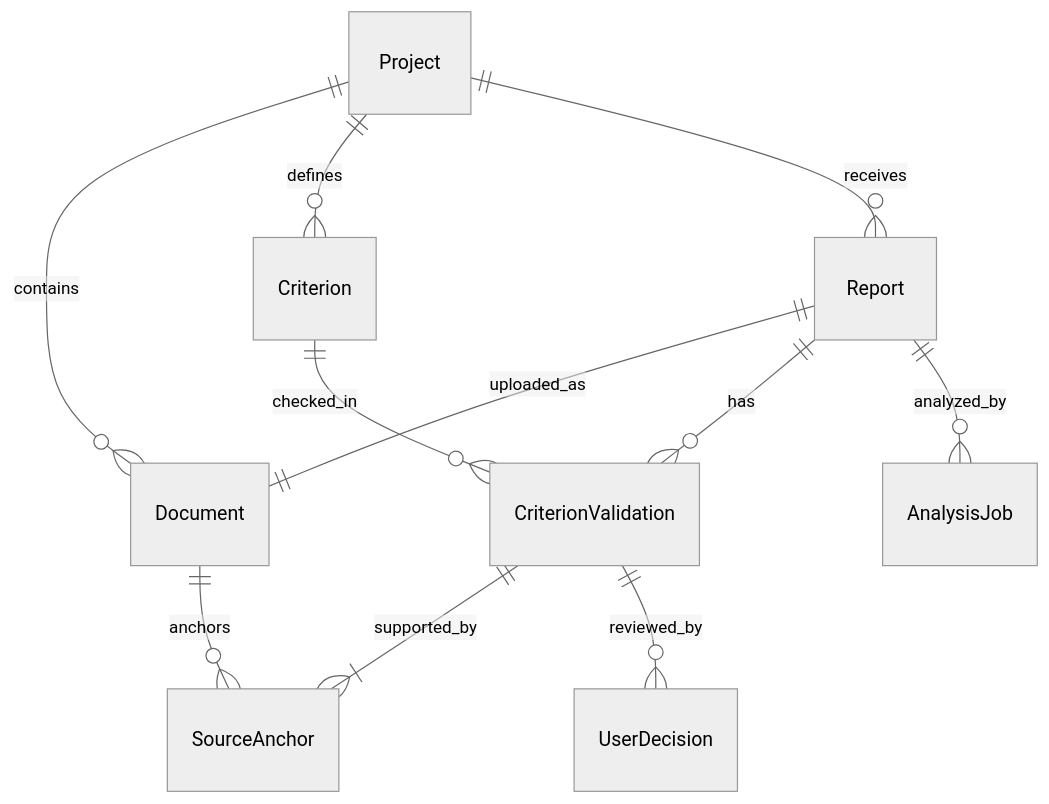
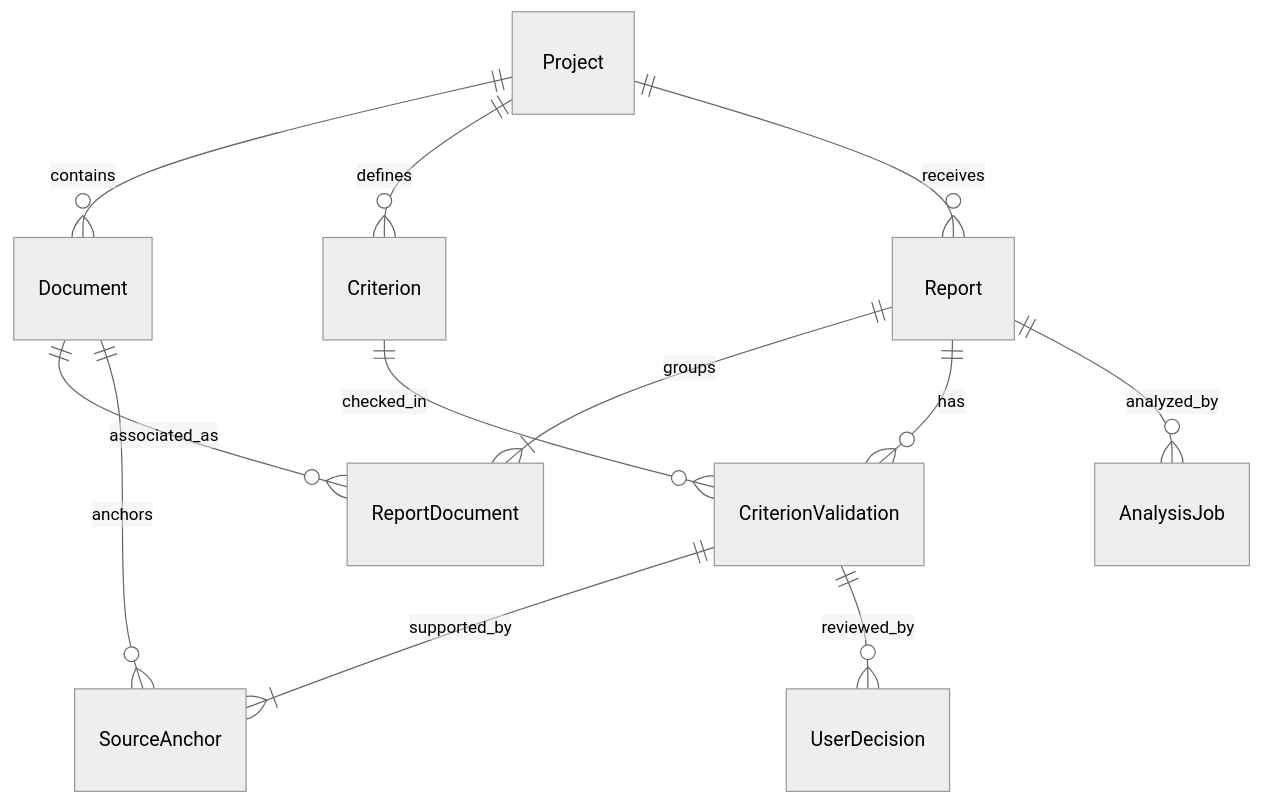
One commit to lupumihnea/chiatraton-adr-nord-est changed the diagram in docs/data-model.md. Above: the diagram before and after it, drawn with Mermaid (neutral theme). The commit also changed other lines of this file and 26 other files, not shown here.

````diff
--- a/docs/data-model.md
+++ b/docs/data-model.md
@@ -7,13 +7,14 @@
 ```mermaid
 erDiagram
     Project ||--o{ Document : contains
     Project ||--o{ Criterion : defines
     Project ||--o{ Report : receives
-    Report ||--|| Document : uploaded_as
+    Report ||--|{ ReportDocument : groups
+    Document ||--o{ ReportDocument : associated_as
     Report ||--o{ CriterionValidation : has
     Criterion ||--o{ CriterionValidation : checked_in
     CriterionValidation ||--|{ SourceAnchor : supported_by
     Document ||--o{ SourceAnchor : anchors
     CriterionValidation ||--o{ UserDecision : reviewed_by
     Report ||--o{ AnalysisJob : analyzed_by
 ```
````
